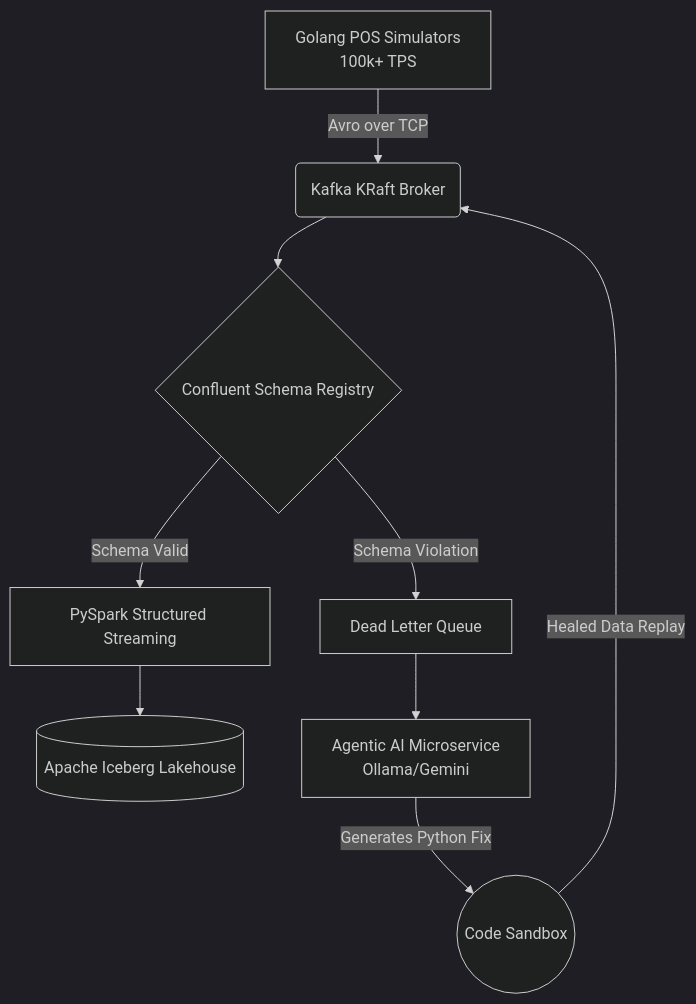
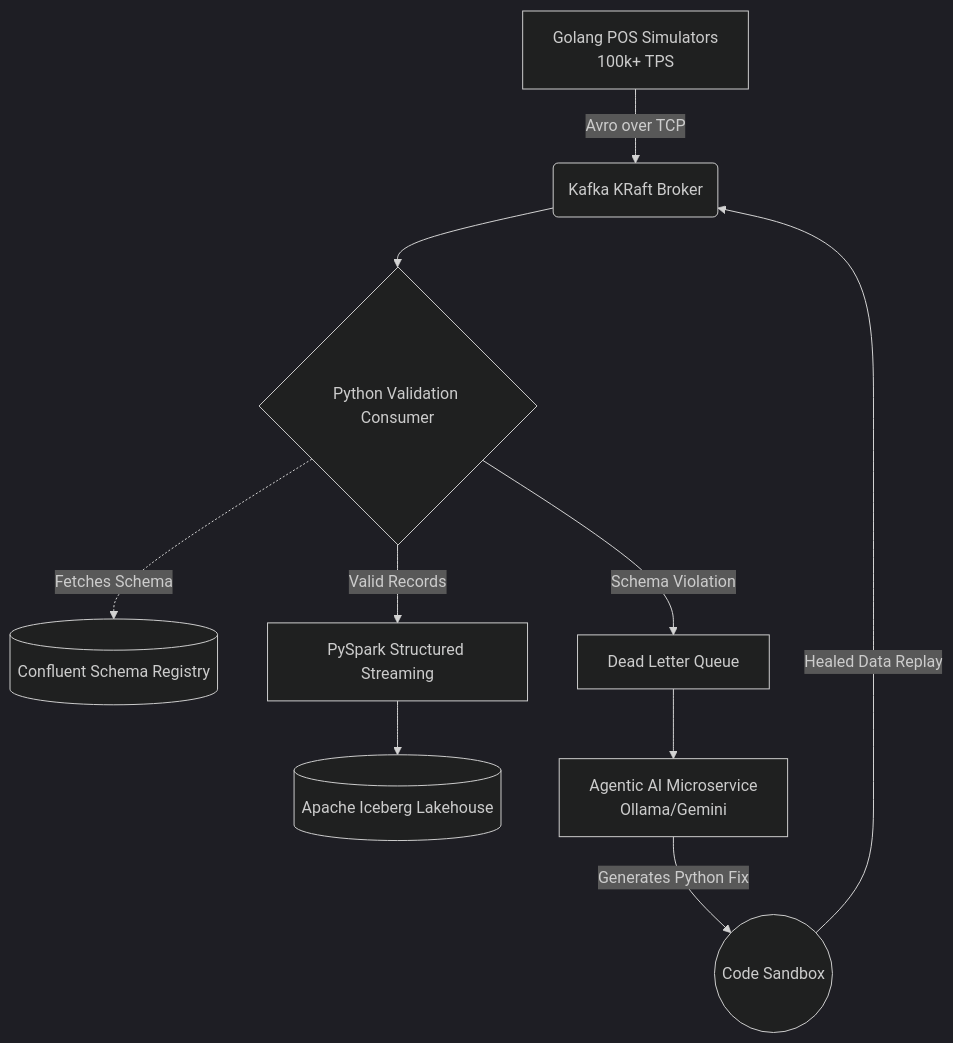
Before and after one commit to rhymebulbul/tillstream: the diagram in README.md, drawn with Mermaid (dark theme).

Commit message:
docs: fix architecture diagram to accurately reflect Python consumer routing

````diff
--- a/README.md
+++ b/README.md
@@ -25,11 +25,12 @@
 ```mermaid
 graph TD
     A[Golang POS Simulators<br/>100k+ TPS] -->|Avro over TCP| B(Kafka KRaft Broker)
-    B --> C{Confluent Schema Registry}
-    C -->|Schema Valid| D[PySpark Structured Streaming]
+    B --> C{Python Validation Consumer}
+    C -.->|Fetches Schema| SR[(Confluent Schema Registry)]
+    C -->|Valid Records| D[PySpark Structured Streaming]
     D --> E[(Apache Iceberg Lakehouse)]
     C -->|Schema Violation| F[Dead Letter Queue]
     F --> G[Agentic AI Microservice<br/>Ollama/Gemini]
     G -->|Generates Python Fix| H((Code Sandbox))
     H -->|Healed Data Replay| B
 ```
````
